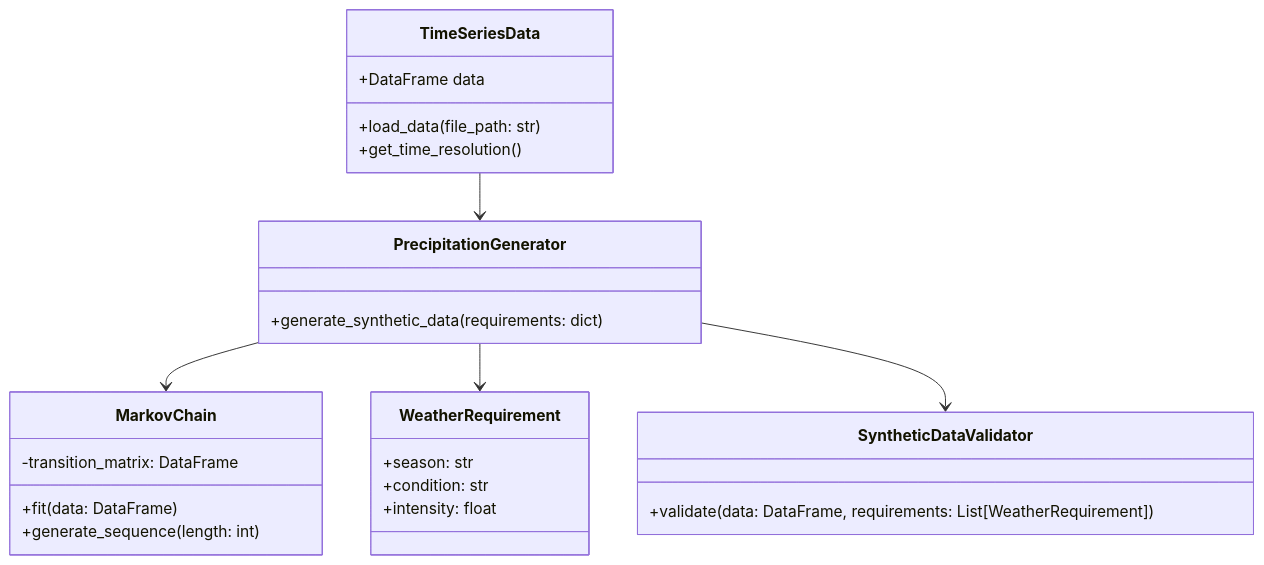
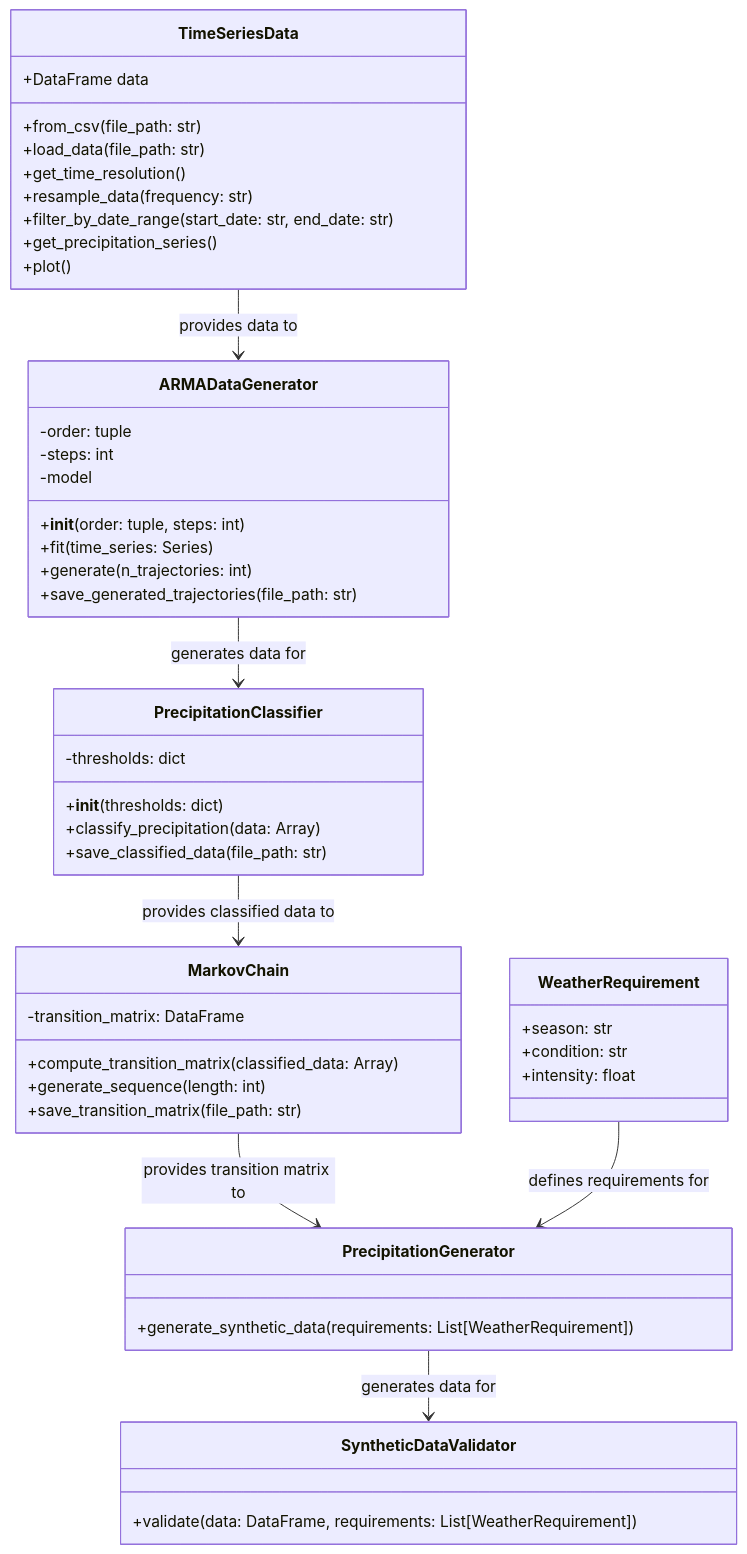
The diagram in diagram.md (CooperBigFoot/precipitation-generator), drawn with Mermaid before and after one commit.

Commit message:
update diagram

````diff
--- a/diagram.md
+++ b/diagram.md
@@ -2,33 +2,58 @@
 ```mermaid
 classDiagram
     class TimeSeriesData {
         +DataFrame data
+        +from_csv(file_path: str)
         +load_data(file_path: str)
         +get_time_resolution()
+        +resample_data(frequency: str)
+        +filter_by_date_range(start_date: str, end_date: str)
+        +get_precipitation_series()
+        +plot()
     }
 
-    class PrecipitationGenerator {
-        +generate_synthetic_data(requirements: dict)
+    class ARMADataGenerator {
+        -order: tuple
+        -steps: int
+        -model
+        +__init__(order: tuple, steps: int)
+        +fit(time_series: Series)
+        +generate(n_trajectories: int)
+        +save_generated_trajectories(file_path: str)
+    }
+
+    class PrecipitationClassifier {
+        -thresholds: dict
+        +__init__(thresholds: dict)
+        +classify_precipitation(data: Array)
+        +save_classified_data(file_path: str)
     }
 
     class MarkovChain {
         -transition_matrix: DataFrame
-        +fit(data: DataFrame)
+        +compute_transition_matrix(classified_data: Array)
         +generate_sequence(length: int)
+        +save_transition_matrix(file_path: str)
     }
 
     class WeatherRequirement {
         +season: str
         +condition: str
         +intensity: float
     }
 
     class SyntheticDataValidator {
         +validate(data: DataFrame, requirements: List[WeatherRequirement])
     }
 
-    TimeSeriesData --> PrecipitationGenerator
-    PrecipitationGenerator --> MarkovChain
-    PrecipitationGenerator --> WeatherRequirement
-    PrecipitationGenerator --> SyntheticDataValidator
+    class PrecipitationGenerator {
+        +generate_synthetic_data(requirements: List[WeatherRequirement])
+    }
+
+    TimeSeriesData --> ARMADataGenerator: provides data to
+    ARMADataGenerator --> PrecipitationClassifier: generates data for
+    PrecipitationClassifier --> MarkovChain: provides classified data to
+    MarkovChain --> PrecipitationGenerator: provides transition matrix to
+    WeatherRequirement --> PrecipitationGenerator: defines requirements for
+    PrecipitationGenerator --> SyntheticDataValidator: generates data for
 ```
````
